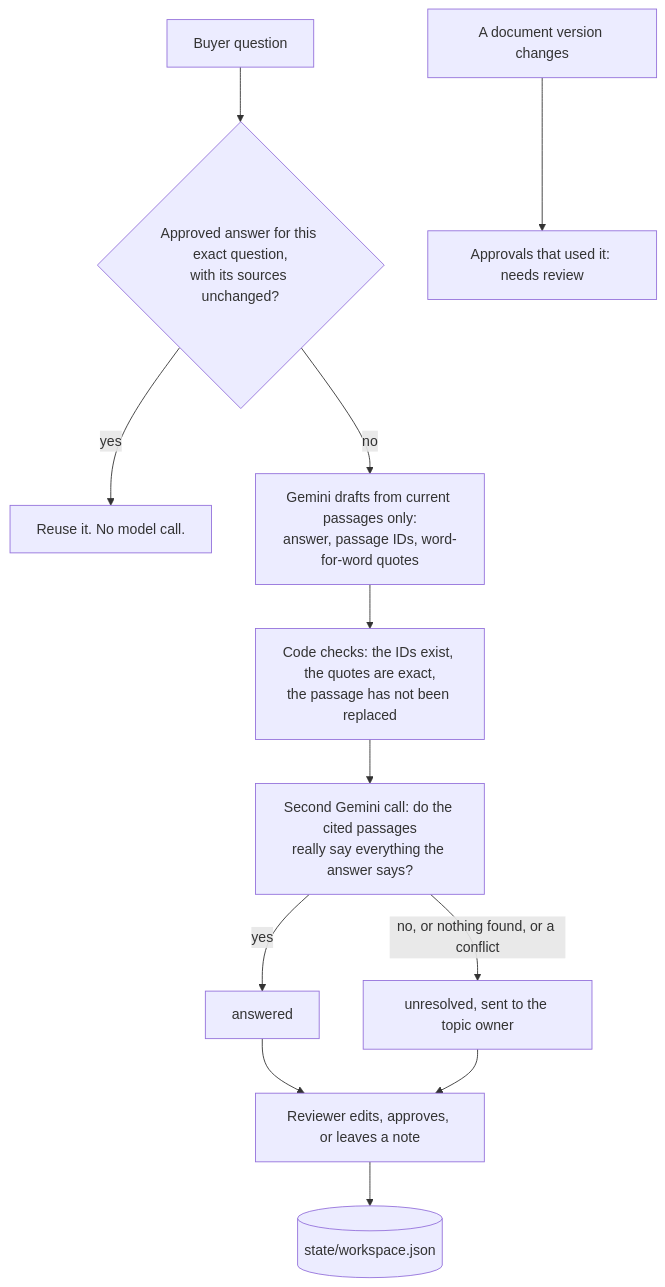
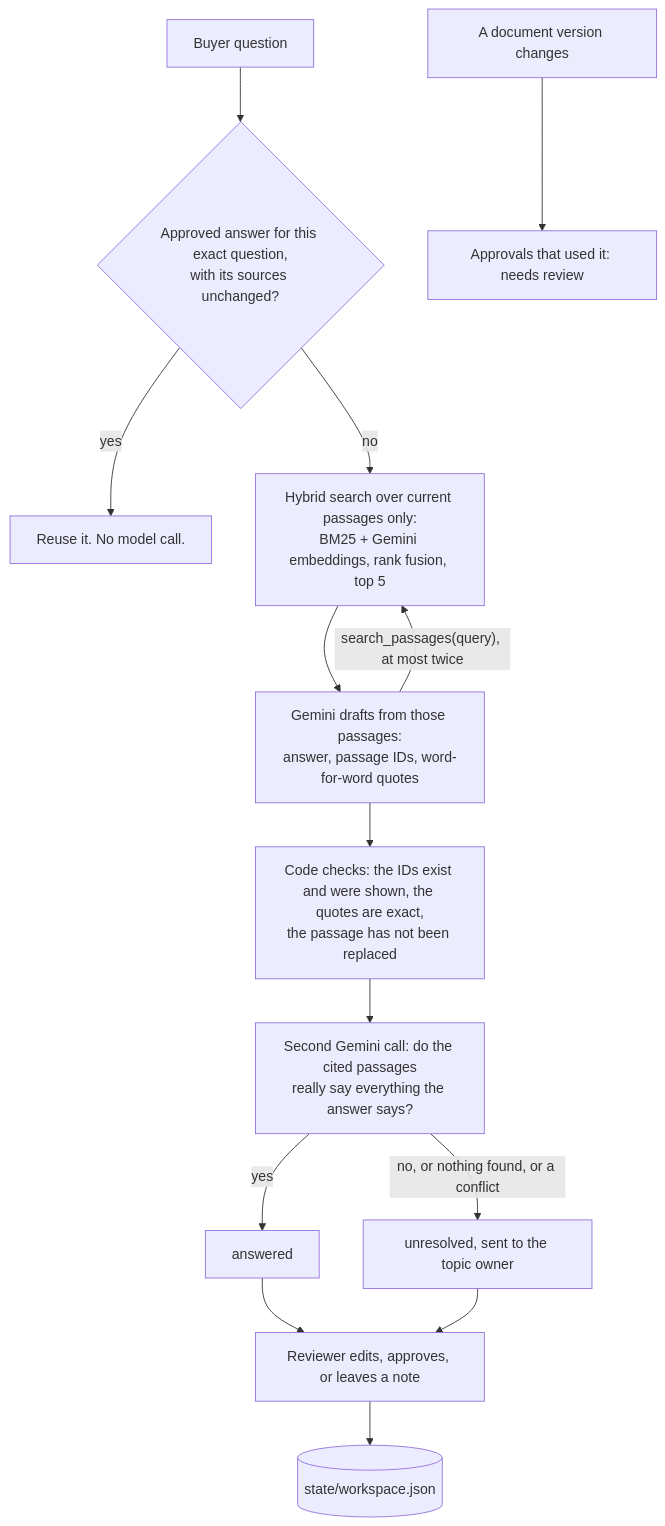
Before and after one commit to stepanyanraffi15-cyber/questionnaire: the diagram in README.md, drawn with Mermaid. The commit also changed other lines of this file and 205 other files, not shown here.

First line of the commit message:
Add hybrid retrieval, a read-only search tool and an extended questionnaire

````diff
--- a/README.md
+++ b/README.md
@@ -57,14 +62,16 @@
 ```mermaid
 flowchart TD
     Q[Buyer question] --> R{Approved answer for this exact question,<br/>with its sources unchanged?}
     R -- yes --> U[Reuse it. No model call.]
-    R -- no --> D[Gemini drafts from current passages only:<br/>answer, passage IDs, word-for-word quotes]
-    D --> C[Code checks: the IDs exist, the quotes are exact,<br/>the passage has not been replaced]
+    R -- no --> H[Hybrid search over current passages only:<br/>BM25 + Gemini embeddings, rank fusion, top 5]
+    H --> D[Gemini drafts from those passages:<br/>answer, passage IDs, word-for-word quotes]
+    D -- "search_passages(query), at most twice" --> H
+    D --> C[Code checks: the IDs exist and were shown, the quotes are exact,<br/>the passage has not been replaced]
     C --> S[Second Gemini call: do the cited passages<br/>really say everything the answer says?]
     S -- yes --> A[answered]
     S -- no, or nothing found, or a conflict --> O[unresolved, sent to the topic owner]
     A --> V[Reviewer edits, approves, or leaves a note]
     O --> V
     V --> F[(state/workspace.json)]
     X[A document version changes] --> N[Approvals that used it: needs review]
 ```
````
